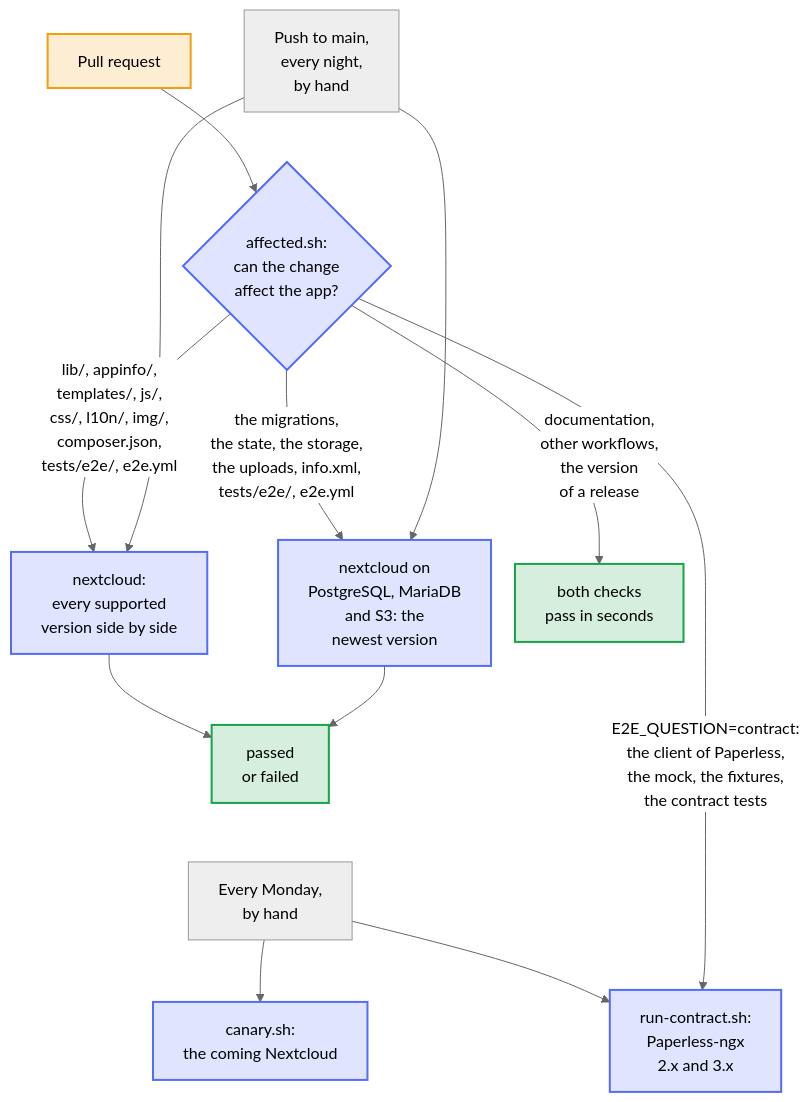
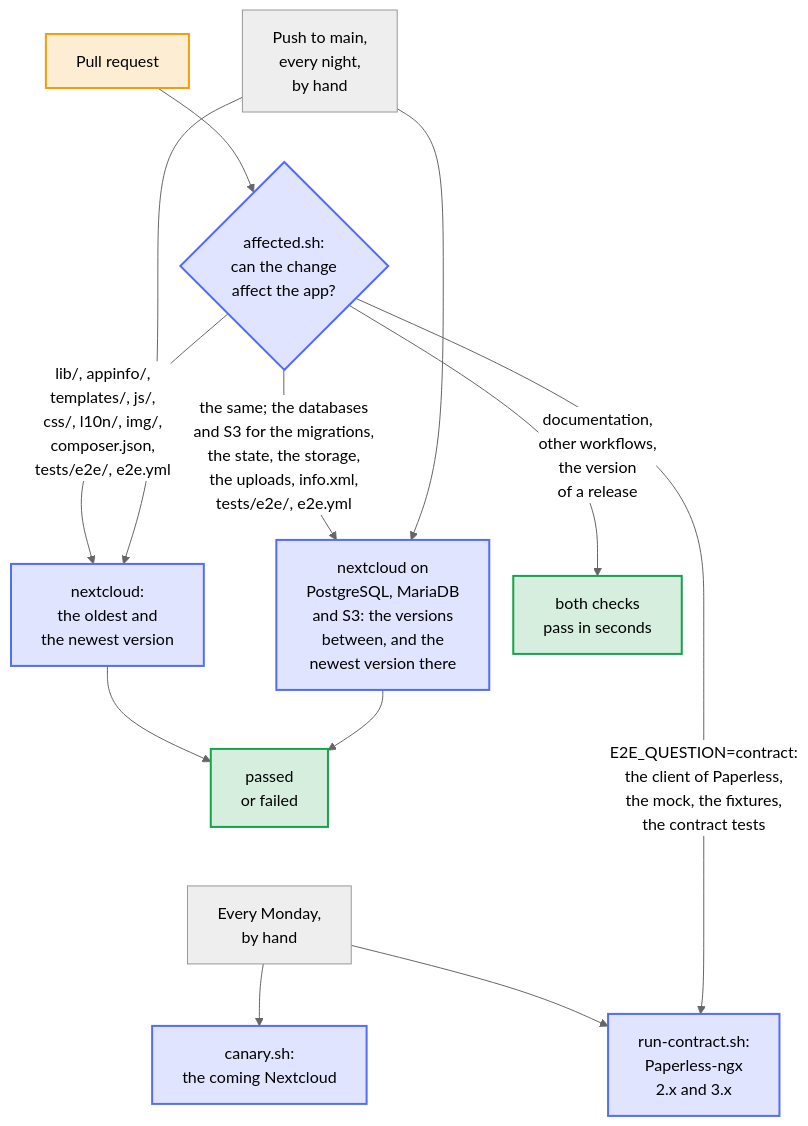
One commit to Dennis-Otto/paperless-sync changed the diagram in docs/diagrams/when-the-end-to-end-tests-run.mmd. Above: the diagram before and after it, drawn with Mermaid (neutral theme). The commit also changed 18 other files, not shown here.

First line of the commit message:
ci(e2e): cut the per-call overhead of the end-to-end tests and balance the stacks over both jobs

```diff
--- a/docs/diagrams/when-the-end-to-end-tests-run.mmd
+++ b/docs/diagrams/when-the-end-to-end-tests-run.mmd
@@ -1,41 +1,41 @@
 ---
 config:
   flowchart:
     nodeSpacing: 24
 ---
 flowchart TB
     accTitle: When the end-to-end tests run
-    accDescr: A pull request runs the end-to-end tests only when it changes the app, its tests or their workflow; otherwise both required checks pass at once. The check nextcloud then runs every supported version, and the check nextcloud on PostgreSQL, MariaDB and S3 runs the newest version there when the change can behave differently on another database or storage, and passes at once otherwise. Every push to main and every night run both, and every Monday the canary runs the tests against the coming Nextcloud. The contract tests run the app against a real Paperless-ngx 2.x and 3.x every Monday, by hand, and in a pull request that changes how the app talks to Paperless.
+    accDescr: A pull request runs the end-to-end tests only when it changes the app, its tests or their workflow; otherwise both required checks pass at once. The check nextcloud then runs the oldest and the newest supported version, and the check nextcloud on PostgreSQL, MariaDB and S3 the versions between, and the newest version on those databases and S3 when the change can behave differently there. Every push to main and every night run both, and every Monday the canary runs the tests against the coming Nextcloud. The contract tests run the app against a real Paperless-ngx 2.x and 3.x every Monday, by hand, and in a pull request that changes how the app talks to Paperless.
 
     pr["Pull request"]
     main["Push to main,<br>every night,<br>by hand"]
     affected{"affected.sh:<br>can the change<br>affect the app?"}
-    all["nextcloud:<br>every supported<br>version side by side"]
-    variants["nextcloud on<br>PostgreSQL, MariaDB<br>and S3: the<br>newest version"]
+    all["nextcloud:<br>the oldest and<br>the newest version"]
+    variants["nextcloud on<br>PostgreSQL, MariaDB<br>and S3: the versions<br>between, and the<br>newest version there"]
     skipped["both checks<br>pass in seconds"]
     result["passed<br>or failed"]
     monday["Every Monday,<br>by hand"]
     canary["canary.sh:<br>the coming Nextcloud"]
     contract["run-contract.sh:<br>Paperless-ngx<br>2.x and 3.x"]
 
     pr --> affected
     affected -- "lib/, appinfo/,<br>templates/, js/,<br>css/, l10n/, img/,<br>composer.json,<br>tests/e2e/, e2e.yml" --> all
-    affected -- "the migrations,<br>the state, the storage,<br>the uploads, info.xml,<br>tests/e2e/, e2e.yml" --> variants
+    affected -- "the same; the databases<br>and S3 for the migrations,<br>the state, the storage,<br>the uploads, info.xml,<br>tests/e2e/, e2e.yml" --> variants
     affected -- "documentation,<br>other workflows,<br>the version<br>of a release" --> skipped
     main --> all
     main --> variants
     %% Invisible links keep the triggers in one row and the canary below the rest.
     main ~~~ affected
     all --> result
     variants --> result
     result ~~~ monday
     monday --> canary
     monday --> contract
     affected -- "E2E_QUESTION=contract:<br>the client of Paperless,<br>the mock, the fixtures,<br>the contract tests" --> contract
 
     classDef bot fill:#526cfe2e,stroke:#526cfe,stroke-width:2px
     classDef person fill:#f59e0b2e,stroke:#f59e0b,stroke-width:2px
     classDef done fill:#16a34a2e,stroke:#16a34a,stroke-width:2px
     class pr person
     class affected,all,variants,canary,contract bot
     class skipped,result done
```
